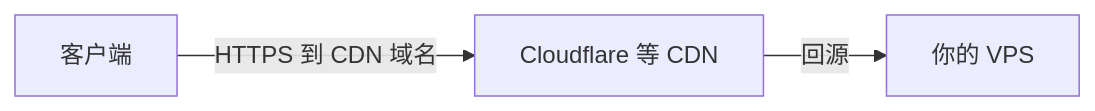
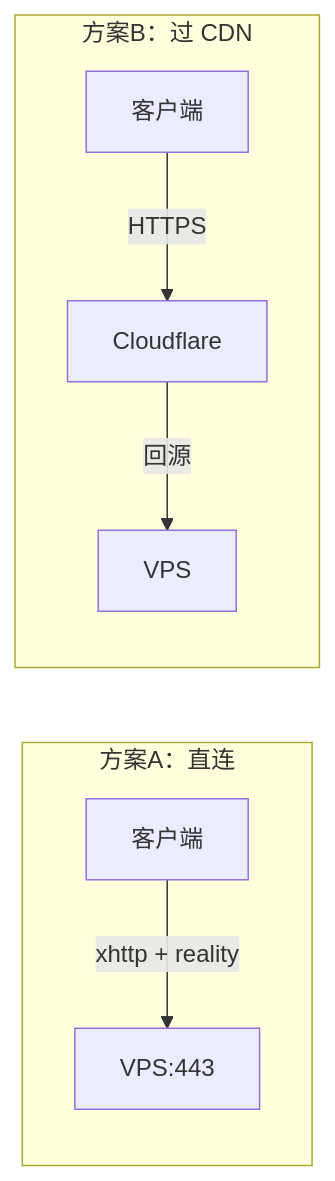
One commit to DamienZCollins/Personal-Proxy changed the third of 3 diagrams in README.md. Above: the diagram before and after it, drawn with Mermaid. The commit also changed other lines of this file, not shown here.

First line of the commit message:
fix: 修正 XHTTP 必须依赖域名的错误表述

````diff
--- a/README.md
+++ b/README.md
@@ -266,5 +268,10 @@
 ```mermaid
 flowchart LR
-    C[客户端] -->|"HTTPS 到 CDN 域名"| CDN["Cloudflare 等 CDN"]
-    CDN -->|"回源"| S["你的 VPS"]
+    subgraph A["方案A：直连"]
+        C1[客户端] -->|"xhttp + reality"| S1["VPS:443"]
+    end
+    subgraph B["方案B：过 CDN"]
+        C2[客户端] -->|"HTTPS"| CDN["Cloudflare"]
+        CDN -->|"回源"| S2["VPS"]
+    end
 ```
````
